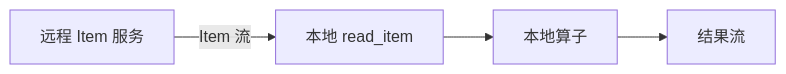
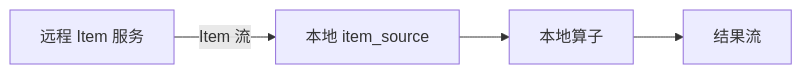
Before and after one commit to rdcn-link/xstream-codex: the diagram in docs/execution-targets_zh.md, drawn with Mermaid. The commit also changed other lines of this file and 451 other files, not shown here.

````diff
--- a/docs/execution-targets_zh.md
+++ b/docs/execution-targets_zh.md
@@ -5,5 +5,5 @@
 ```mermaid
 flowchart LR
-  R[远程 Item 服务] -->|Item 流| Read[本地 read_item]
+  R[远程 Item 服务] -->|Item 流| Read[本地 item_source]
   Read --> Process[本地算子] --> Result[结果流]
 ```
````
